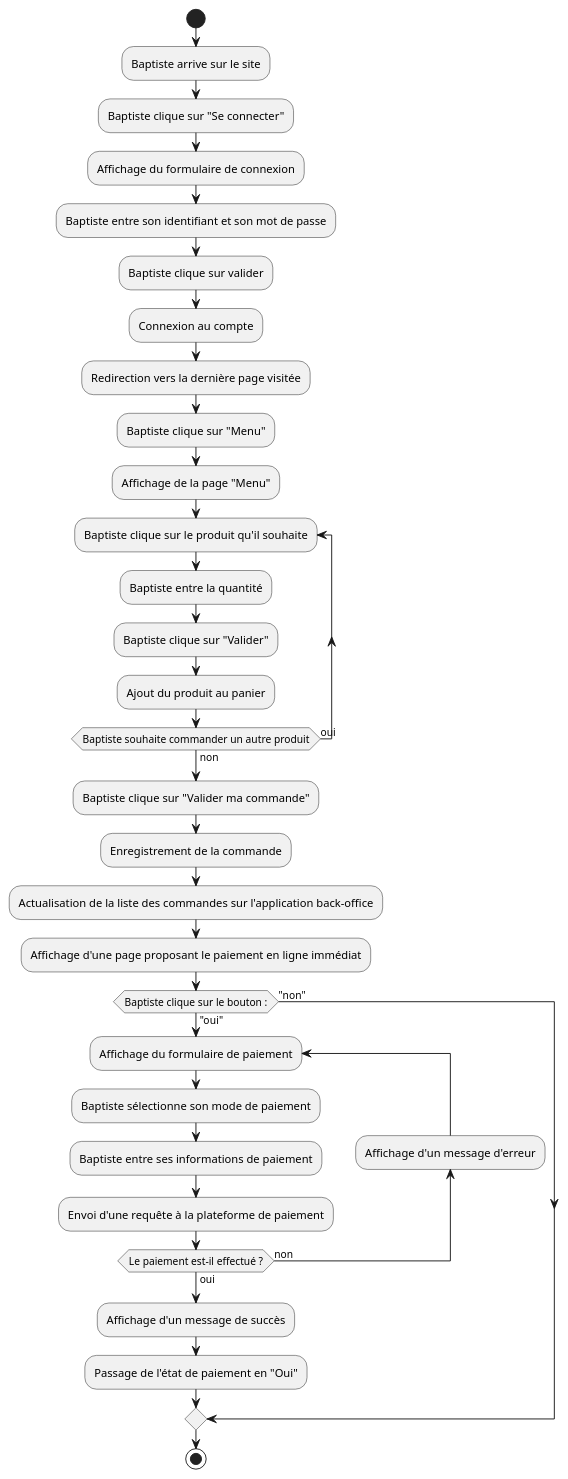
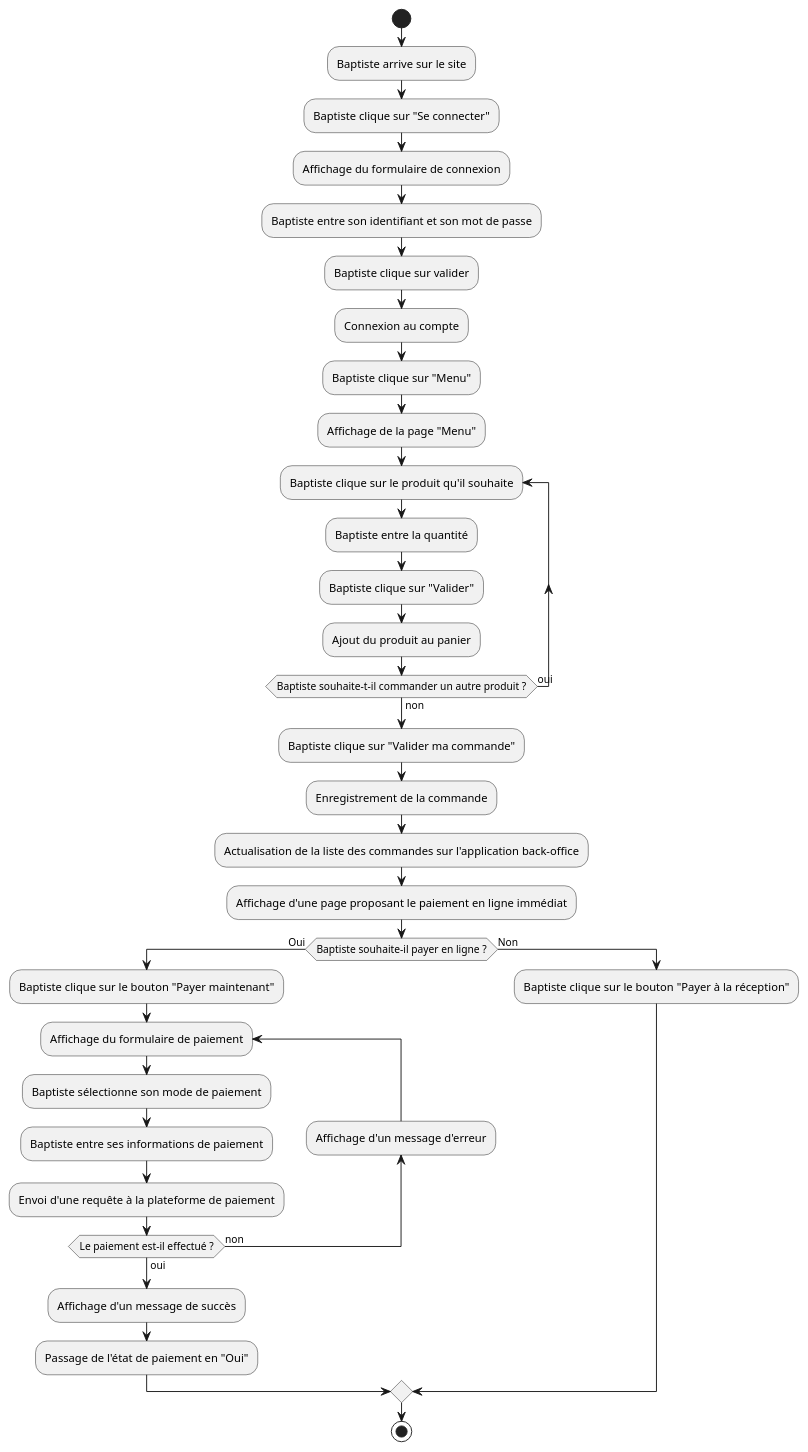
Before and after one commit to Gumpah/project_6: the diagram in diagrams/client_paying_order.puml, drawn with PlantUML. The commit also changed 8 other files, not shown here.

Commit message:
Updating diagrams

```diff
--- a/diagrams/client_paying_order.puml
+++ b/diagrams/client_paying_order.puml
@@ -1,37 +1,38 @@
 @startuml
 'https://plantuml.com/activity-diagram-beta
 
 start
 :Baptiste arrive sur le site;
 :Baptiste clique sur "Se connecter";
 :Affichage du formulaire de connexion;
 :Baptiste entre son identifiant et son mot de passe;
 :Baptiste clique sur valider;
 :Connexion au compte;
-:Redirection vers la dernière page visitée;
 :Baptiste clique sur "Menu";
 :Affichage de la page "Menu";
 repeat :Baptiste clique sur le produit qu'il souhaite;
 :Baptiste entre la quantité;
 :Baptiste clique sur "Valider";
 :Ajout du produit au panier;
-repeat while (Baptiste souhaite commander un autre produit) is (oui) not (non)
+repeat while (Baptiste souhaite-t-il commander un autre produit ?) is (oui) not (non)
 :Baptiste clique sur "Valider ma commande";
 :Enregistrement de la commande;
 :Actualisation de la liste des commandes sur l'application back-office;
 :Affichage d'une page proposant le paiement en ligne immédiat;
-if (Baptiste clique sur le bouton :) then ("oui")
+if (Baptiste souhaite-il payer en ligne ?) then (Oui)
+:Baptiste clique sur le bouton "Payer maintenant";
 repeat :Affichage du formulaire de paiement;
 :Baptiste sélectionne son mode de paiement;
 :Baptiste entre ses informations de paiement;
 :Envoi d'une requête à la plateforme de paiement;
 backward:Affichage d'un message d'erreur;
 repeat while (Le paiement est-il effectué ?) is (non) not (oui)
 :Affichage d'un message de succès;
 :Passage de l'état de paiement en "Oui";
-else ("non")
+else (Non)
+:Baptiste clique sur le bouton "Payer à la réception";
 endif
 
 stop
 
 @enduml
```
